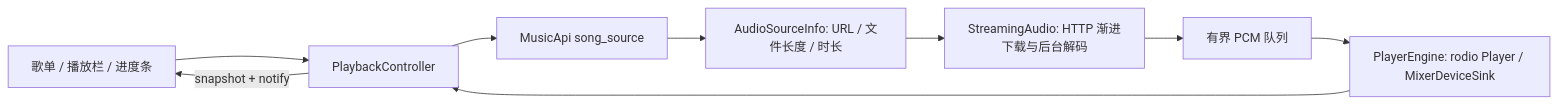
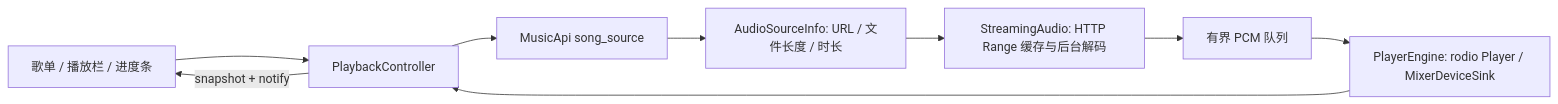
Before and after one commit to AMagicPear/netease-music-gpui: the diagram in docs/architecture.md, drawn with Mermaid. The commit also changed other lines of this file and 18 other files, not shown here.

````diff
--- a/docs/architecture.md
+++ b/docs/architecture.md
@@ -62,11 +63,11 @@
 ```mermaid
 flowchart LR
     UI[歌单 / 播放栏 / 进度条] --> C[PlaybackController]
     C --> API[MusicApi song_source]
     API --> I[AudioSourceInfo: URL / 文件长度 / 时长]
-    I --> S[StreamingAudio: HTTP 渐进下载与后台解码]
+    I --> S[StreamingAudio: HTTP Range 缓存与后台解码]
     S --> P[有界 PCM 队列]
     P --> E[PlayerEngine: rodio Player / MixerDeviceSink]
     E --> C
     C -->|snapshot + notify| UI
 ```
````
